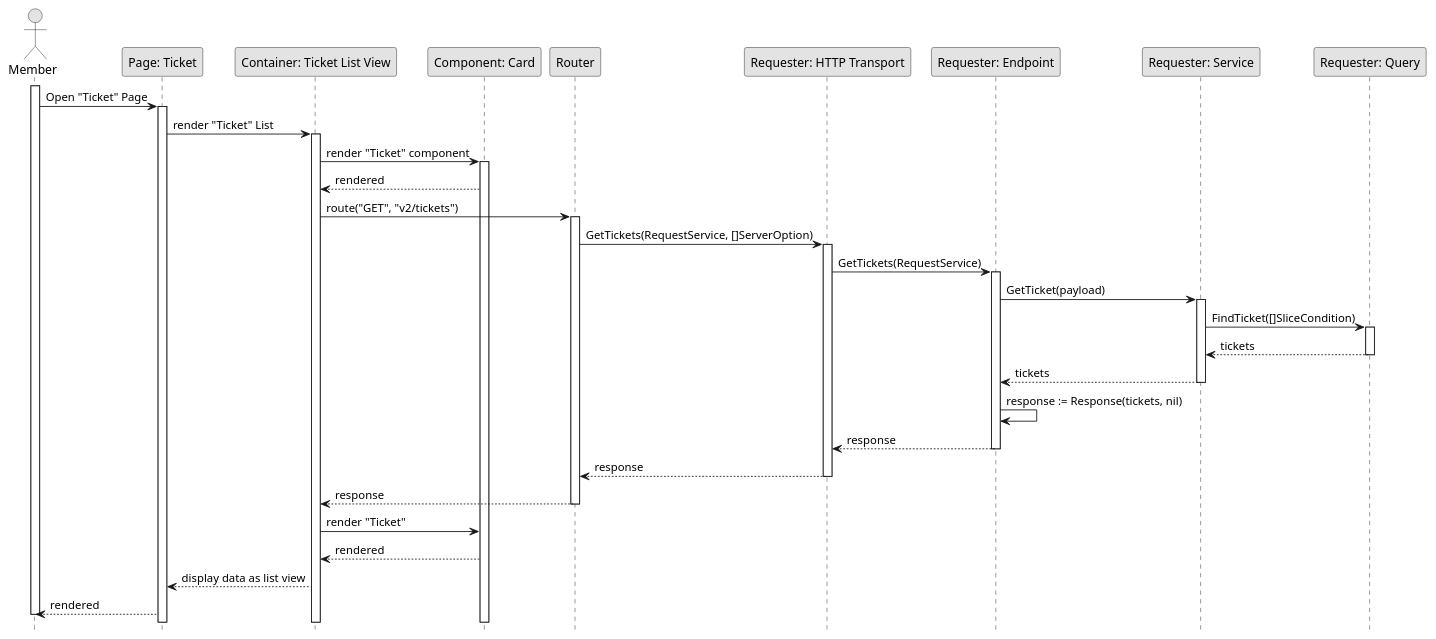
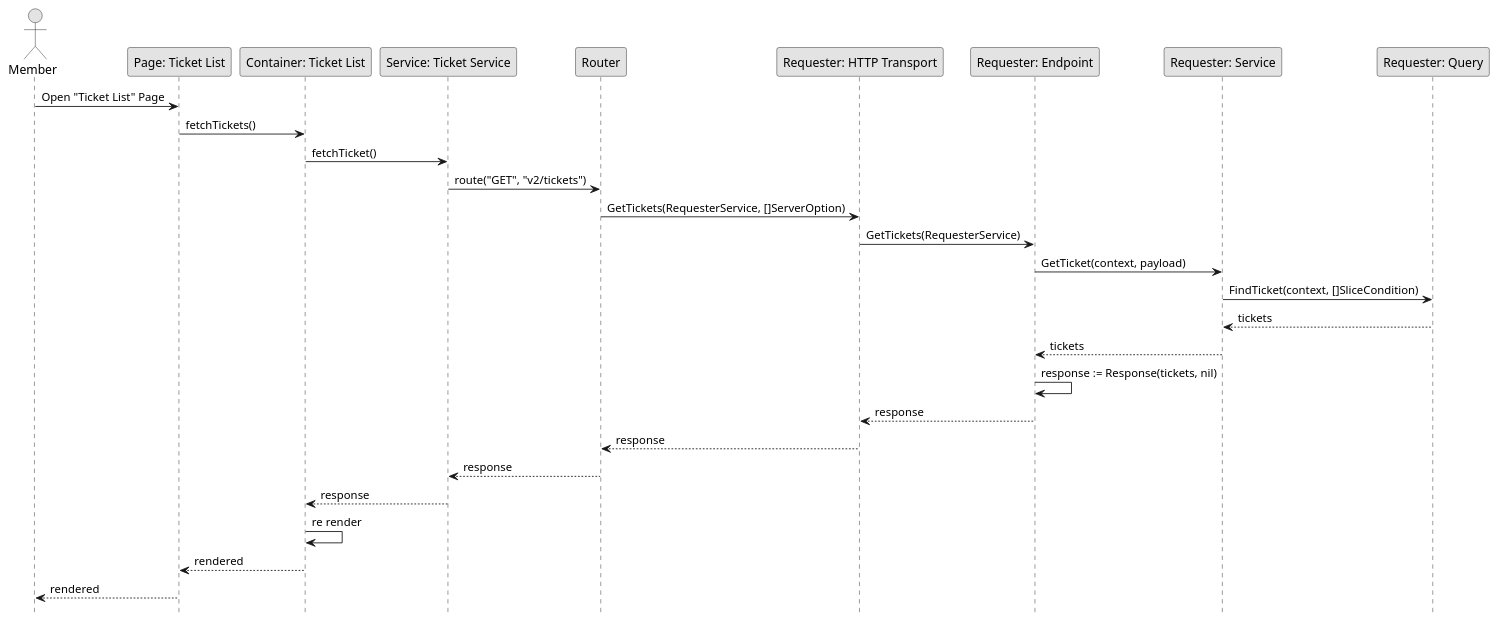
Before and after one commit to fwidjaya20/fazzlearning-uml: the diagram in Sequence/Release03/GetRequested.wsd, drawn with PlantUML. The commit also changed 34 other files, not shown here.

Commit message:
fix(diagram): fix invalid sequence, activity, and usecase

```diff
--- a/Sequence/Release03/GetRequested.wsd
+++ b/Sequence/Release03/GetRequested.wsd
@@ -1,54 +1,36 @@
 @startuml GetRequested
 
 skinparam Monochrome true
 skinparam Shadowing false
 hide footbox
 
 actor Member
-participant "Page: Ticket" as TicketPage
-participant "Container: Ticket List View" as TicketListViewContainer
-participant "Component: Card" as Ticket
+participant "Page: Ticket List" as TicketListPage
+participant "Container: Ticket List" as TicketListContainer
+participant "Service: Ticket Service" as FETicketService
 participant "Router" as Router
 participant "Requester: HTTP Transport" as RequestHTTPTransport
 participant "Requester: Endpoint" as RequestEndpoint
 participant "Requester: Service" as RequestService
 participant "Requester: Query" as RequestQuery
 
-activate Member
-
-Member->TicketPage: Open "Ticket" Page
-activate TicketPage
-TicketPage->TicketListViewContainer: render "Ticket" List
-activate TicketListViewContainer
-TicketListViewContainer->Ticket: render "Ticket" component
-activate Ticket
-Ticket-->TicketListViewContainer: rendered
-TicketListViewContainer->Router: route("GET", "v2/tickets")
-activate Router
-Router->RequestHTTPTransport: GetTickets(RequestService, []ServerOption)
-activate RequestHTTPTransport
-RequestHTTPTransport->RequestEndpoint: GetTickets(RequestService)
-activate RequestEndpoint
-RequestEndpoint->RequestService: GetTicket(payload)
-activate RequestService
-RequestService->RequestQuery: FindTicket([]SliceCondition)
-activate RequestQuery
+Member->TicketListPage: Open "Ticket List" Page
+TicketListPage->TicketListContainer: fetchTickets()
+TicketListContainer->FETicketService: fetchTicket()
+FETicketService->Router: route("GET", "v2/tickets")
+Router->RequestHTTPTransport: GetTickets(RequesterService, []ServerOption)
+RequestHTTPTransport->RequestEndpoint: GetTickets(RequesterService)
+RequestEndpoint->RequestService: GetTicket(context, payload)
+RequestService->RequestQuery: FindTicket(context, []SliceCondition)
 RequestQuery-->RequestService: tickets
-deactivate RequestQuery
 RequestService-->RequestEndpoint: tickets
-deactivate RequestService
 RequestEndpoint->RequestEndpoint: response := Response(tickets, nil)
 RequestEndpoint-->RequestHTTPTransport: response
-deactivate RequestEndpoint
 RequestHTTPTransport-->Router: response
-deactivate RequestHTTPTransport
-Router-->TicketListViewContainer: response
-deactivate Router
-TicketListViewContainer->Ticket: render "Ticket"
-Ticket-->TicketListViewContainer: rendered
-TicketListViewContainer-->TicketPage: display data as list view
-TicketPage-->Member: rendered
-
-deactivate Member
+Router-->FETicketService: response
+FETicketService-->TicketListContainer: response
+TicketListContainer->TicketListContainer: re render
+TicketListContainer-->TicketListPage: rendered
+TicketListPage-->Member: rendered
 
 @enduml
```
